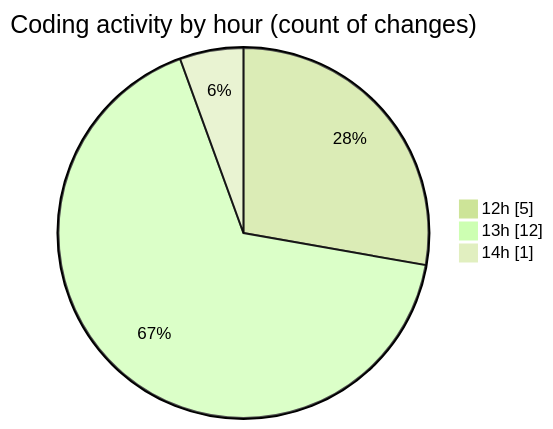
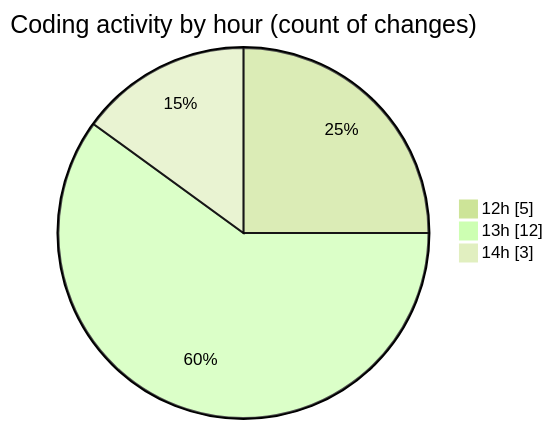
One commit to nxtqubesakshisongat/code-tracking changed the second of 2 diagrams in 2026-04-17/airfeed-analytics-dashboard/README.md. Above: the diagram before and after it, drawn with Mermaid (forest theme). The commit also changed other lines of this file and 1 other file, not shown here.

````diff
--- a/2026-04-17/airfeed-analytics-dashboard/README.md
+++ b/2026-04-17/airfeed-analytics-dashboard/README.md
@@ -31,7 +31,7 @@
 ```mermaid
 pie showData
 title Coding activity by hour (count of changes)
 "12h" : 5
 "13h" : 12
-"14h" : 1
+"14h" : 3
 ```
````
